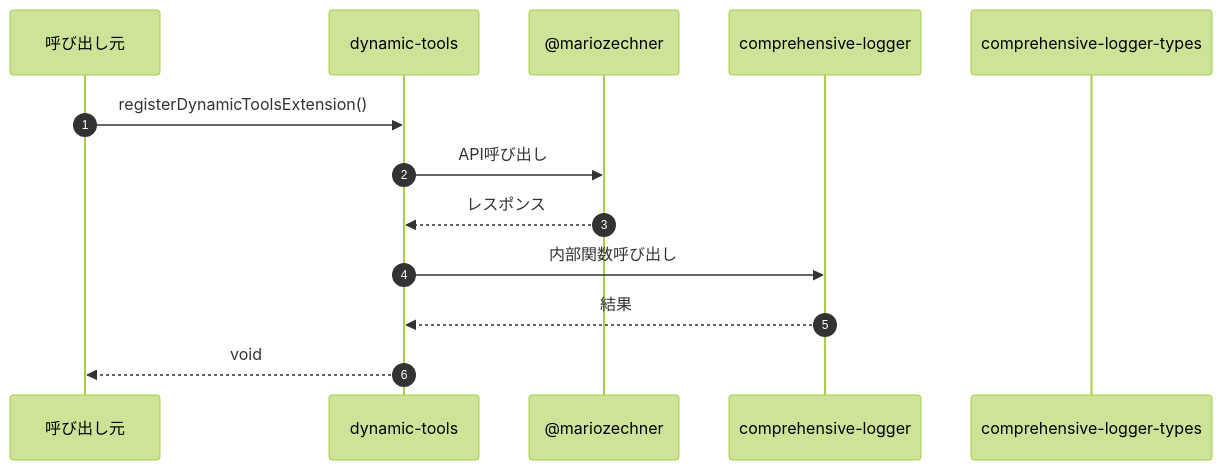
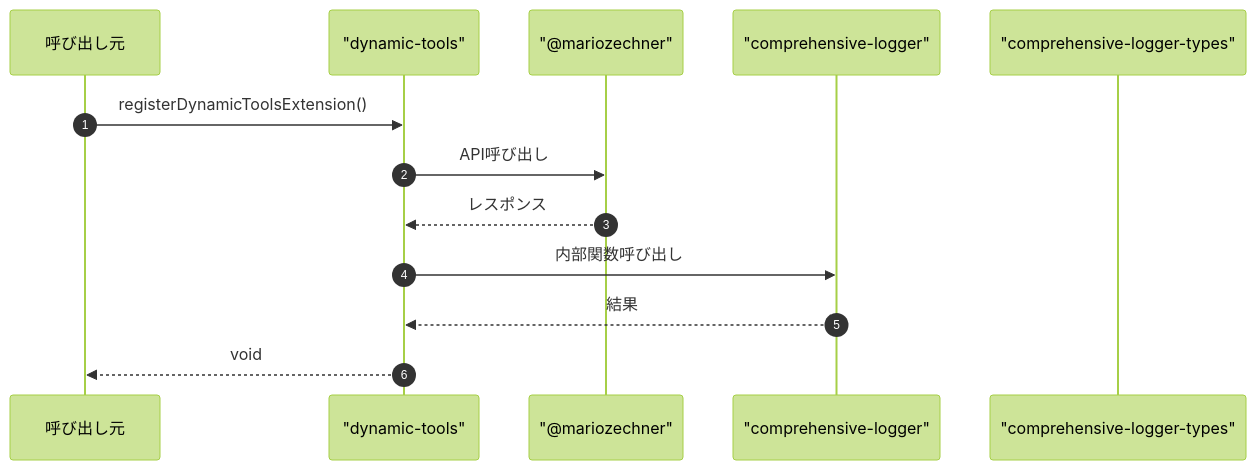
One commit to Mekann2904/mekann changed the third of 3 diagrams in ABDD/.pi/extensions/dynamic-tools.md. Above: the diagram before and after it, drawn with Mermaid (forest theme). The commit also changed other lines of this file and 152 other files, not shown here.

First line of the commit message:
fix: Mermaid図のラベル内の特殊文字をエスケープする

````diff
--- a/ABDD/.pi/extensions/dynamic-tools.md
+++ b/ABDD/.pi/extensions/dynamic-tools.md
@@ -99,16 +99,16 @@
 ```mermaid
 sequenceDiagram
   autonumber
   participant Caller as 呼び出し元
-  participant dynamic_tools as dynamic-tools
-  participant _mariozechner as @mariozechner
-  participant comprehensive_logger as comprehensive-logger
-  participant comprehensive_logger_types as comprehensive-logger-types
+  participant dynamic_tools as "dynamic-tools"
+  participant _mariozechner as "@mariozechner"
+  participant comprehensive_logger as "comprehensive-logger"
+  participant comprehensive_logger_types as "comprehensive-logger-types"
 
   Caller->>dynamic_tools: registerDynamicToolsExtension()
   dynamic_tools->>_mariozechner: API呼び出し
   _mariozechner-->>dynamic_tools: レスポンス
   dynamic_tools->>comprehensive_logger: 内部関数呼び出し
   comprehensive_logger-->>dynamic_tools: 結果
   dynamic_tools-->>Caller: void
 ```
````
